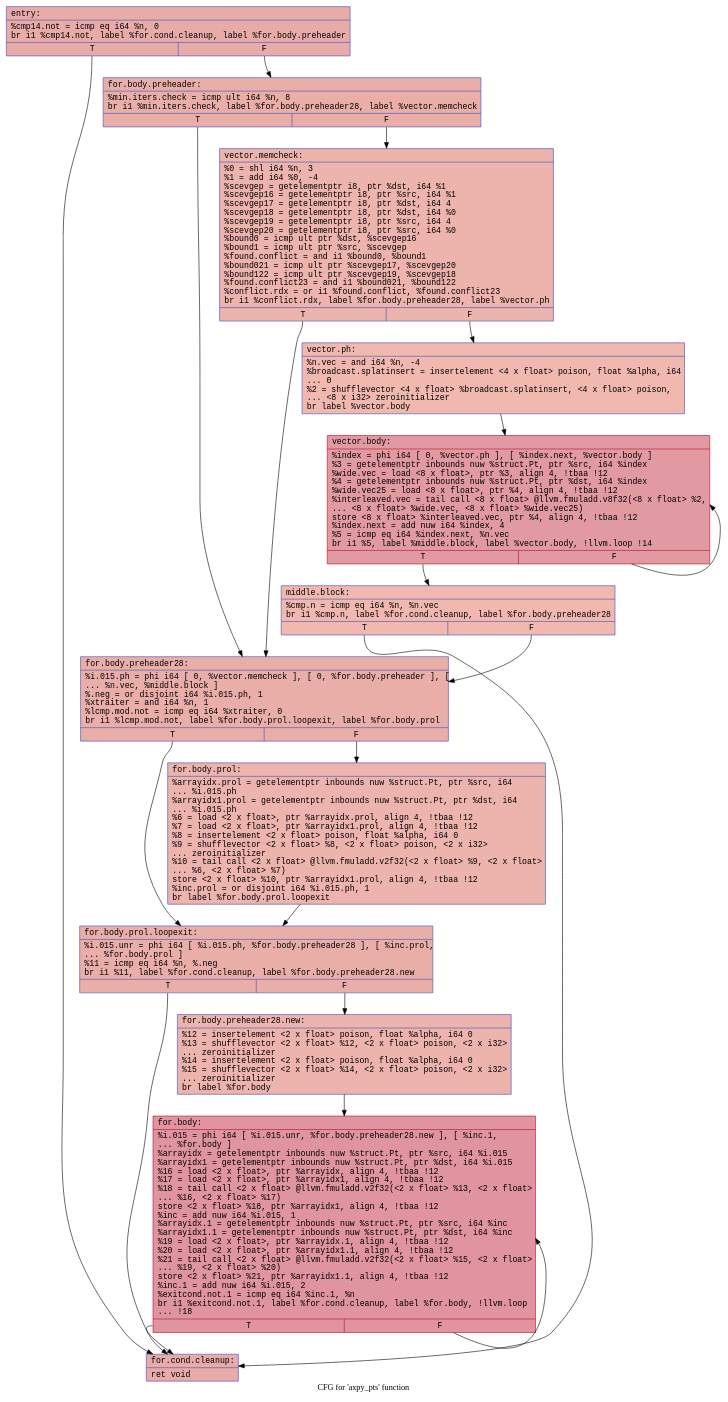
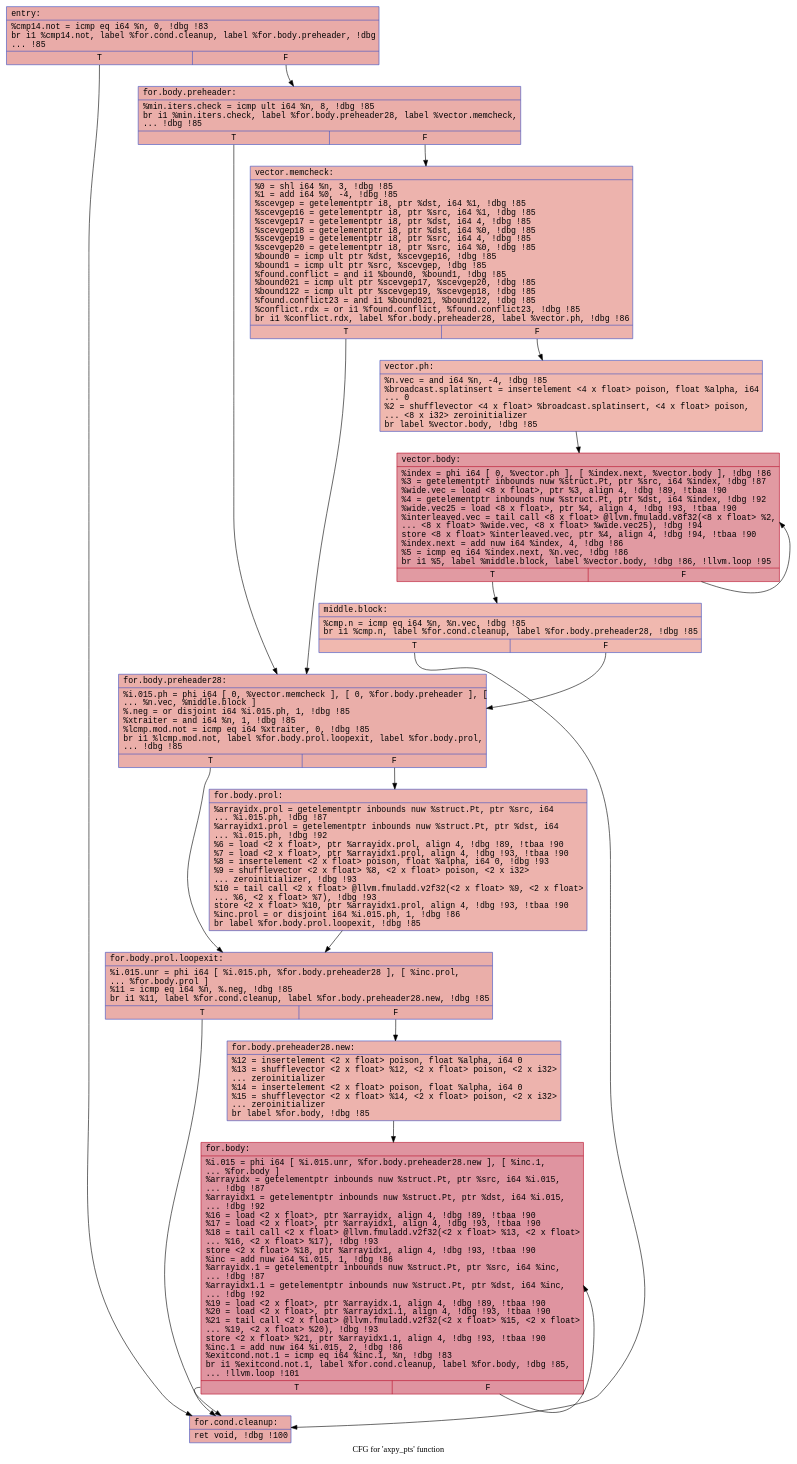
Before and after one commit to drdavis65/rust-ffi-test: the diagram in csrc/.axpy_pts.dot, drawn with Graphviz. The commit also changed 19 other files, not shown here.

```diff
--- a/csrc/.axpy_pts.dot
+++ b/csrc/.axpy_pts.dot
@@ -1,35 +1,35 @@
 digraph "CFG for 'axpy_pts' function" {
 	label="CFG for 'axpy_pts' function";
 
-	Node0x55d2f89080b0 [shape=record,color="#3d50c3ff", style=filled, fillcolor="#cc403a70" fontname="Courier",label="{entry:\l|  %cmp14.not = icmp eq i64 %n, 0\l  br i1 %cmp14.not, label %for.cond.cleanup, label %for.body.preheader\l|{<s0>T|<s1>F}}"];
-	Node0x55d2f89080b0:s0 -> Node0x55d2f8909030;
-	Node0x55d2f89080b0:s1 -> Node0x55d2f8909230;
-	Node0x55d2f8909230 [shape=record,color="#3d50c3ff", style=filled, fillcolor="#d0473d70" fontname="Courier",label="{for.body.preheader:\l|  %min.iters.check = icmp ult i64 %n, 8\l  br i1 %min.iters.check, label %for.body.preheader28, label %vector.memcheck\l|{<s0>T|<s1>F}}"];
-	Node0x55d2f8909230:s0 -> Node0x55d2f89092c0;
-	Node0x55d2f8909230:s1 -> Node0x55d2f8909570;
-	Node0x55d2f8909570 [shape=record,color="#3d50c3ff", style=filled, fillcolor="#d6524470" fontname="Courier",label="{vector.memcheck:\l|  %0 = shl i64 %n, 3\l  %1 = add i64 %0, -4\l  %scevgep = getelementptr i8, ptr %dst, i64 %1\l  %scevgep16 = getelementptr i8, ptr %src, i64 %1\l  %scevgep17 = getelementptr i8, ptr %dst, i64 4\l  %scevgep18 = getelementptr i8, ptr %dst, i64 %0\l  %scevgep19 = getelementptr i8, ptr %src, i64 4\l  %scevgep20 = getelementptr i8, ptr %src, i64 %0\l  %bound0 = icmp ult ptr %dst, %scevgep16\l  %bound1 = icmp ult ptr %src, %scevgep\l  %found.conflict = and i1 %bound0, %bound1\l  %bound021 = icmp ult ptr %scevgep17, %scevgep20\l  %bound122 = icmp ult ptr %scevgep19, %scevgep18\l  %found.conflict23 = and i1 %bound021, %bound122\l  %conflict.rdx = or i1 %found.conflict, %found.conflict23\l  br i1 %conflict.rdx, label %for.body.preheader28, label %vector.ph\l|{<s0>T|<s1>F}}"];
-	Node0x55d2f8909570:s0 -> Node0x55d2f89092c0;
-	Node0x55d2f8909570:s1 -> Node0x55d2f89095d0;
-	Node0x55d2f89095d0 [shape=record,color="#3d50c3ff", style=filled, fillcolor="#dc5d4a70" fontname="Courier",label="{vector.ph:\l|  %n.vec = and i64 %n, -4\l  %broadcast.splatinsert = insertelement \<4 x float\> poison, float %alpha, i64\l... 0\l  %2 = shufflevector \<4 x float\> %broadcast.splatinsert, \<4 x float\> poison,\l... \<8 x i32\> zeroinitializer\l  br label %vector.body\l}"];
-	Node0x55d2f89095d0 -> Node0x55d2f890b3c0;
-	Node0x55d2f890b3c0 [shape=record,color="#b70d28ff", style=filled, fillcolor="#bb1b2c70" fontname="Courier",label="{vector.body:\l|  %index = phi i64 [ 0, %vector.ph ], [ %index.next, %vector.body ]\l  %3 = getelementptr inbounds nuw %struct.Pt, ptr %src, i64 %index\l  %wide.vec = load \<8 x float\>, ptr %3, align 4, !tbaa !12\l  %4 = getelementptr inbounds nuw %struct.Pt, ptr %dst, i64 %index\l  %wide.vec25 = load \<8 x float\>, ptr %4, align 4, !tbaa !12\l  %interleaved.vec = tail call \<8 x float\> @llvm.fmuladd.v8f32(\<8 x float\> %2,\l... \<8 x float\> %wide.vec, \<8 x float\> %wide.vec25)\l  store \<8 x float\> %interleaved.vec, ptr %4, align 4, !tbaa !12\l  %index.next = add nuw i64 %index, 4\l  %5 = icmp eq i64 %index.next, %n.vec\l  br i1 %5, label %middle.block, label %vector.body, !llvm.loop !14\l|{<s0>T|<s1>F}}"];
-	Node0x55d2f890b3c0:s0 -> Node0x55d2f890c1e0;
-	Node0x55d2f890b3c0:s1 -> Node0x55d2f890b3c0;
-	Node0x55d2f890c1e0 [shape=record,color="#3d50c3ff", style=filled, fillcolor="#dc5d4a70" fontname="Courier",label="{middle.block:\l|  %cmp.n = icmp eq i64 %n, %n.vec\l  br i1 %cmp.n, label %for.cond.cleanup, label %for.body.preheader28\l|{<s0>T|<s1>F}}"];
-	Node0x55d2f890c1e0:s0 -> Node0x55d2f8909030;
-	Node0x55d2f890c1e0:s1 -> Node0x55d2f89092c0;
-	Node0x55d2f89092c0 [shape=record,color="#3d50c3ff", style=filled, fillcolor="#d0473d70" fontname="Courier",label="{for.body.preheader28:\l|  %i.015.ph = phi i64 [ 0, %vector.memcheck ], [ 0, %for.body.preheader ], [\l... %n.vec, %middle.block ]\l  %.neg = or disjoint i64 %i.015.ph, 1\l  %xtraiter = and i64 %n, 1\l  %lcmp.mod.not = icmp eq i64 %xtraiter, 0\l  br i1 %lcmp.mod.not, label %for.body.prol.loopexit, label %for.body.prol\l|{<s0>T|<s1>F}}"];
-	Node0x55d2f89092c0:s0 -> Node0x55d2f890d120;
-	Node0x55d2f89092c0:s1 -> Node0x55d2f890d8a0;
-	Node0x55d2f890d8a0 [shape=record,color="#3d50c3ff", style=filled, fillcolor="#d6524470" fontname="Courier",label="{for.body.prol:\l|  %arrayidx.prol = getelementptr inbounds nuw %struct.Pt, ptr %src, i64\l... %i.015.ph\l  %arrayidx1.prol = getelementptr inbounds nuw %struct.Pt, ptr %dst, i64\l... %i.015.ph\l  %6 = load \<2 x float\>, ptr %arrayidx.prol, align 4, !tbaa !12\l  %7 = load \<2 x float\>, ptr %arrayidx1.prol, align 4, !tbaa !12\l  %8 = insertelement \<2 x float\> poison, float %alpha, i64 0\l  %9 = shufflevector \<2 x float\> %8, \<2 x float\> poison, \<2 x i32\>\l... zeroinitializer\l  %10 = tail call \<2 x float\> @llvm.fmuladd.v2f32(\<2 x float\> %9, \<2 x float\>\l... %6, \<2 x float\> %7)\l  store \<2 x float\> %10, ptr %arrayidx1.prol, align 4, !tbaa !12\l  %inc.prol = or disjoint i64 %i.015.ph, 1\l  br label %for.body.prol.loopexit\l}"];
-	Node0x55d2f890d8a0 -> Node0x55d2f890d120;
-	Node0x55d2f890d120 [shape=record,color="#3d50c3ff", style=filled, fillcolor="#d0473d70" fontname="Courier",label="{for.body.prol.loopexit:\l|  %i.015.unr = phi i64 [ %i.015.ph, %for.body.preheader28 ], [ %inc.prol,\l... %for.body.prol ]\l  %11 = icmp eq i64 %n, %.neg\l  br i1 %11, label %for.cond.cleanup, label %for.body.preheader28.new\l|{<s0>T|<s1>F}}"];
-	Node0x55d2f890d120:s0 -> Node0x55d2f8909030;
-	Node0x55d2f890d120:s1 -> Node0x55d2f890e2a0;
-	Node0x55d2f890e2a0 [shape=record,color="#3d50c3ff", style=filled, fillcolor="#d6524470" fontname="Courier",label="{for.body.preheader28.new:\l|  %12 = insertelement \<2 x float\> poison, float %alpha, i64 0\l  %13 = shufflevector \<2 x float\> %12, \<2 x float\> poison, \<2 x i32\>\l... zeroinitializer\l  %14 = insertelement \<2 x float\> poison, float %alpha, i64 0\l  %15 = shufflevector \<2 x float\> %14, \<2 x float\> poison, \<2 x i32\>\l... zeroinitializer\l  br label %for.body\l}"];
-	Node0x55d2f890e2a0 -> Node0x55d2f890e340;
-	Node0x55d2f8909030 [shape=record,color="#3d50c3ff", style=filled, fillcolor="#cc403a70" fontname="Courier",label="{for.cond.cleanup:\l|  ret void\l}"];
-	Node0x55d2f890e340 [shape=record,color="#b70d28ff", style=filled, fillcolor="#b70d2870" fontname="Courier",label="{for.body:\l|  %i.015 = phi i64 [ %i.015.unr, %for.body.preheader28.new ], [ %inc.1,\l... %for.body ]\l  %arrayidx = getelementptr inbounds nuw %struct.Pt, ptr %src, i64 %i.015\l  %arrayidx1 = getelementptr inbounds nuw %struct.Pt, ptr %dst, i64 %i.015\l  %16 = load \<2 x float\>, ptr %arrayidx, align 4, !tbaa !12\l  %17 = load \<2 x float\>, ptr %arrayidx1, align 4, !tbaa !12\l  %18 = tail call \<2 x float\> @llvm.fmuladd.v2f32(\<2 x float\> %13, \<2 x float\>\l... %16, \<2 x float\> %17)\l  store \<2 x float\> %18, ptr %arrayidx1, align 4, !tbaa !12\l  %inc = add nuw i64 %i.015, 1\l  %arrayidx.1 = getelementptr inbounds nuw %struct.Pt, ptr %src, i64 %inc\l  %arrayidx1.1 = getelementptr inbounds nuw %struct.Pt, ptr %dst, i64 %inc\l  %19 = load \<2 x float\>, ptr %arrayidx.1, align 4, !tbaa !12\l  %20 = load \<2 x float\>, ptr %arrayidx1.1, align 4, !tbaa !12\l  %21 = tail call \<2 x float\> @llvm.fmuladd.v2f32(\<2 x float\> %15, \<2 x float\>\l... %19, \<2 x float\> %20)\l  store \<2 x float\> %21, ptr %arrayidx1.1, align 4, !tbaa !12\l  %inc.1 = add nuw i64 %i.015, 2\l  %exitcond.not.1 = icmp eq i64 %inc.1, %n\l  br i1 %exitcond.not.1, label %for.cond.cleanup, label %for.body, !llvm.loop\l... !18\l|{<s0>T|<s1>F}}"];
-	Node0x55d2f890e340:s0 -> Node0x55d2f8909030;
-	Node0x55d2f890e340:s1 -> Node0x55d2f890e340;
+	Node0x55a173fa9f50 [shape=record,color="#3d50c3ff", style=filled, fillcolor="#cc403a70" fontname="Courier",label="{entry:\l|  %cmp14.not = icmp eq i64 %n, 0, !dbg !83\l  br i1 %cmp14.not, label %for.cond.cleanup, label %for.body.preheader, !dbg\l... !85\l|{<s0>T|<s1>F}}"];
+	Node0x55a173fa9f50:s0 -> Node0x55a173fadbf0;
+	Node0x55a173fa9f50:s1 -> Node0x55a173faf930;
+	Node0x55a173faf930 [shape=record,color="#3d50c3ff", style=filled, fillcolor="#d0473d70" fontname="Courier",label="{for.body.preheader:\l|  %min.iters.check = icmp ult i64 %n, 8, !dbg !85\l  br i1 %min.iters.check, label %for.body.preheader28, label %vector.memcheck,\l... !dbg !85\l|{<s0>T|<s1>F}}"];
+	Node0x55a173faf930:s0 -> Node0x55a173faf9c0;
+	Node0x55a173faf930:s1 -> Node0x55a173fb03c0;
+	Node0x55a173fb03c0 [shape=record,color="#3d50c3ff", style=filled, fillcolor="#d6524470" fontname="Courier",label="{vector.memcheck:\l|  %0 = shl i64 %n, 3, !dbg !85\l  %1 = add i64 %0, -4, !dbg !85\l  %scevgep = getelementptr i8, ptr %dst, i64 %1, !dbg !85\l  %scevgep16 = getelementptr i8, ptr %src, i64 %1, !dbg !85\l  %scevgep17 = getelementptr i8, ptr %dst, i64 4, !dbg !85\l  %scevgep18 = getelementptr i8, ptr %dst, i64 %0, !dbg !85\l  %scevgep19 = getelementptr i8, ptr %src, i64 4, !dbg !85\l  %scevgep20 = getelementptr i8, ptr %src, i64 %0, !dbg !85\l  %bound0 = icmp ult ptr %dst, %scevgep16, !dbg !85\l  %bound1 = icmp ult ptr %src, %scevgep, !dbg !85\l  %found.conflict = and i1 %bound0, %bound1, !dbg !85\l  %bound021 = icmp ult ptr %scevgep17, %scevgep20, !dbg !85\l  %bound122 = icmp ult ptr %scevgep19, %scevgep18, !dbg !85\l  %found.conflict23 = and i1 %bound021, %bound122, !dbg !85\l  %conflict.rdx = or i1 %found.conflict, %found.conflict23, !dbg !85\l  br i1 %conflict.rdx, label %for.body.preheader28, label %vector.ph, !dbg !86\l|{<s0>T|<s1>F}}"];
+	Node0x55a173fb03c0:s0 -> Node0x55a173faf9c0;
+	Node0x55a173fb03c0:s1 -> Node0x55a173fb0420;
+	Node0x55a173fb0420 [shape=record,color="#3d50c3ff", style=filled, fillcolor="#dc5d4a70" fontname="Courier",label="{vector.ph:\l|  %n.vec = and i64 %n, -4, !dbg !85\l  %broadcast.splatinsert = insertelement \<4 x float\> poison, float %alpha, i64\l... 0\l  %2 = shufflevector \<4 x float\> %broadcast.splatinsert, \<4 x float\> poison,\l... \<8 x i32\> zeroinitializer\l  br label %vector.body, !dbg !85\l}"];
+	Node0x55a173fb0420 -> Node0x55a173fb2210;
+	Node0x55a173fb2210 [shape=record,color="#b70d28ff", style=filled, fillcolor="#bb1b2c70" fontname="Courier",label="{vector.body:\l|  %index = phi i64 [ 0, %vector.ph ], [ %index.next, %vector.body ], !dbg !86\l  %3 = getelementptr inbounds nuw %struct.Pt, ptr %src, i64 %index, !dbg !87\l  %wide.vec = load \<8 x float\>, ptr %3, align 4, !dbg !89, !tbaa !90\l  %4 = getelementptr inbounds nuw %struct.Pt, ptr %dst, i64 %index, !dbg !92\l  %wide.vec25 = load \<8 x float\>, ptr %4, align 4, !dbg !93, !tbaa !90\l  %interleaved.vec = tail call \<8 x float\> @llvm.fmuladd.v8f32(\<8 x float\> %2,\l... \<8 x float\> %wide.vec, \<8 x float\> %wide.vec25), !dbg !94\l  store \<8 x float\> %interleaved.vec, ptr %4, align 4, !dbg !94, !tbaa !90\l  %index.next = add nuw i64 %index, 4, !dbg !86\l  %5 = icmp eq i64 %index.next, %n.vec, !dbg !86\l  br i1 %5, label %middle.block, label %vector.body, !dbg !86, !llvm.loop !95\l|{<s0>T|<s1>F}}"];
+	Node0x55a173fb2210:s0 -> Node0x55a173fb3170;
+	Node0x55a173fb2210:s1 -> Node0x55a173fb2210;
+	Node0x55a173fb3170 [shape=record,color="#3d50c3ff", style=filled, fillcolor="#dc5d4a70" fontname="Courier",label="{middle.block:\l|  %cmp.n = icmp eq i64 %n, %n.vec, !dbg !85\l  br i1 %cmp.n, label %for.cond.cleanup, label %for.body.preheader28, !dbg !85\l|{<s0>T|<s1>F}}"];
+	Node0x55a173fb3170:s0 -> Node0x55a173fadbf0;
+	Node0x55a173fb3170:s1 -> Node0x55a173faf9c0;
+	Node0x55a173faf9c0 [shape=record,color="#3d50c3ff", style=filled, fillcolor="#d0473d70" fontname="Courier",label="{for.body.preheader28:\l|  %i.015.ph = phi i64 [ 0, %vector.memcheck ], [ 0, %for.body.preheader ], [\l... %n.vec, %middle.block ]\l  %.neg = or disjoint i64 %i.015.ph, 1, !dbg !85\l  %xtraiter = and i64 %n, 1, !dbg !85\l  %lcmp.mod.not = icmp eq i64 %xtraiter, 0, !dbg !85\l  br i1 %lcmp.mod.not, label %for.body.prol.loopexit, label %for.body.prol,\l... !dbg !85\l|{<s0>T|<s1>F}}"];
+	Node0x55a173faf9c0:s0 -> Node0x55a173fb5310;
+	Node0x55a173faf9c0:s1 -> Node0x55a173fb5a90;
+	Node0x55a173fb5a90 [shape=record,color="#3d50c3ff", style=filled, fillcolor="#d6524470" fontname="Courier",label="{for.body.prol:\l|  %arrayidx.prol = getelementptr inbounds nuw %struct.Pt, ptr %src, i64\l... %i.015.ph, !dbg !87\l  %arrayidx1.prol = getelementptr inbounds nuw %struct.Pt, ptr %dst, i64\l... %i.015.ph, !dbg !92\l  %6 = load \<2 x float\>, ptr %arrayidx.prol, align 4, !dbg !89, !tbaa !90\l  %7 = load \<2 x float\>, ptr %arrayidx1.prol, align 4, !dbg !93, !tbaa !90\l  %8 = insertelement \<2 x float\> poison, float %alpha, i64 0, !dbg !93\l  %9 = shufflevector \<2 x float\> %8, \<2 x float\> poison, \<2 x i32\>\l... zeroinitializer, !dbg !93\l  %10 = tail call \<2 x float\> @llvm.fmuladd.v2f32(\<2 x float\> %9, \<2 x float\>\l... %6, \<2 x float\> %7), !dbg !93\l  store \<2 x float\> %10, ptr %arrayidx1.prol, align 4, !dbg !93, !tbaa !90\l  %inc.prol = or disjoint i64 %i.015.ph, 1, !dbg !86\l  br label %for.body.prol.loopexit, !dbg !85\l}"];
+	Node0x55a173fb5a90 -> Node0x55a173fb5310;
+	Node0x55a173fb5310 [shape=record,color="#3d50c3ff", style=filled, fillcolor="#d0473d70" fontname="Courier",label="{for.body.prol.loopexit:\l|  %i.015.unr = phi i64 [ %i.015.ph, %for.body.preheader28 ], [ %inc.prol,\l... %for.body.prol ]\l  %11 = icmp eq i64 %n, %.neg, !dbg !85\l  br i1 %11, label %for.cond.cleanup, label %for.body.preheader28.new, !dbg !85\l|{<s0>T|<s1>F}}"];
+	Node0x55a173fb5310:s0 -> Node0x55a173fadbf0;
+	Node0x55a173fb5310:s1 -> Node0x55a173fb8540;
+	Node0x55a173fb8540 [shape=record,color="#3d50c3ff", style=filled, fillcolor="#d6524470" fontname="Courier",label="{for.body.preheader28.new:\l|  %12 = insertelement \<2 x float\> poison, float %alpha, i64 0\l  %13 = shufflevector \<2 x float\> %12, \<2 x float\> poison, \<2 x i32\>\l... zeroinitializer\l  %14 = insertelement \<2 x float\> poison, float %alpha, i64 0\l  %15 = shufflevector \<2 x float\> %14, \<2 x float\> poison, \<2 x i32\>\l... zeroinitializer\l  br label %for.body, !dbg !85\l}"];
+	Node0x55a173fb8540 -> Node0x55a173fb85e0;
+	Node0x55a173fadbf0 [shape=record,color="#3d50c3ff", style=filled, fillcolor="#cc403a70" fontname="Courier",label="{for.cond.cleanup:\l|  ret void, !dbg !100\l}"];
+	Node0x55a173fb85e0 [shape=record,color="#b70d28ff", style=filled, fillcolor="#b70d2870" fontname="Courier",label="{for.body:\l|  %i.015 = phi i64 [ %i.015.unr, %for.body.preheader28.new ], [ %inc.1,\l... %for.body ]\l  %arrayidx = getelementptr inbounds nuw %struct.Pt, ptr %src, i64 %i.015,\l... !dbg !87\l  %arrayidx1 = getelementptr inbounds nuw %struct.Pt, ptr %dst, i64 %i.015,\l... !dbg !92\l  %16 = load \<2 x float\>, ptr %arrayidx, align 4, !dbg !89, !tbaa !90\l  %17 = load \<2 x float\>, ptr %arrayidx1, align 4, !dbg !93, !tbaa !90\l  %18 = tail call \<2 x float\> @llvm.fmuladd.v2f32(\<2 x float\> %13, \<2 x float\>\l... %16, \<2 x float\> %17), !dbg !93\l  store \<2 x float\> %18, ptr %arrayidx1, align 4, !dbg !93, !tbaa !90\l  %inc = add nuw i64 %i.015, 1, !dbg !86\l  %arrayidx.1 = getelementptr inbounds nuw %struct.Pt, ptr %src, i64 %inc,\l... !dbg !87\l  %arrayidx1.1 = getelementptr inbounds nuw %struct.Pt, ptr %dst, i64 %inc,\l... !dbg !92\l  %19 = load \<2 x float\>, ptr %arrayidx.1, align 4, !dbg !89, !tbaa !90\l  %20 = load \<2 x float\>, ptr %arrayidx1.1, align 4, !dbg !93, !tbaa !90\l  %21 = tail call \<2 x float\> @llvm.fmuladd.v2f32(\<2 x float\> %15, \<2 x float\>\l... %19, \<2 x float\> %20), !dbg !93\l  store \<2 x float\> %21, ptr %arrayidx1.1, align 4, !dbg !93, !tbaa !90\l  %inc.1 = add nuw i64 %i.015, 2, !dbg !86\l  %exitcond.not.1 = icmp eq i64 %inc.1, %n, !dbg !83\l  br i1 %exitcond.not.1, label %for.cond.cleanup, label %for.body, !dbg !85,\l... !llvm.loop !101\l|{<s0>T|<s1>F}}"];
+	Node0x55a173fb85e0:s0 -> Node0x55a173fadbf0;
+	Node0x55a173fb85e0:s1 -> Node0x55a173fb85e0;
 }
```
